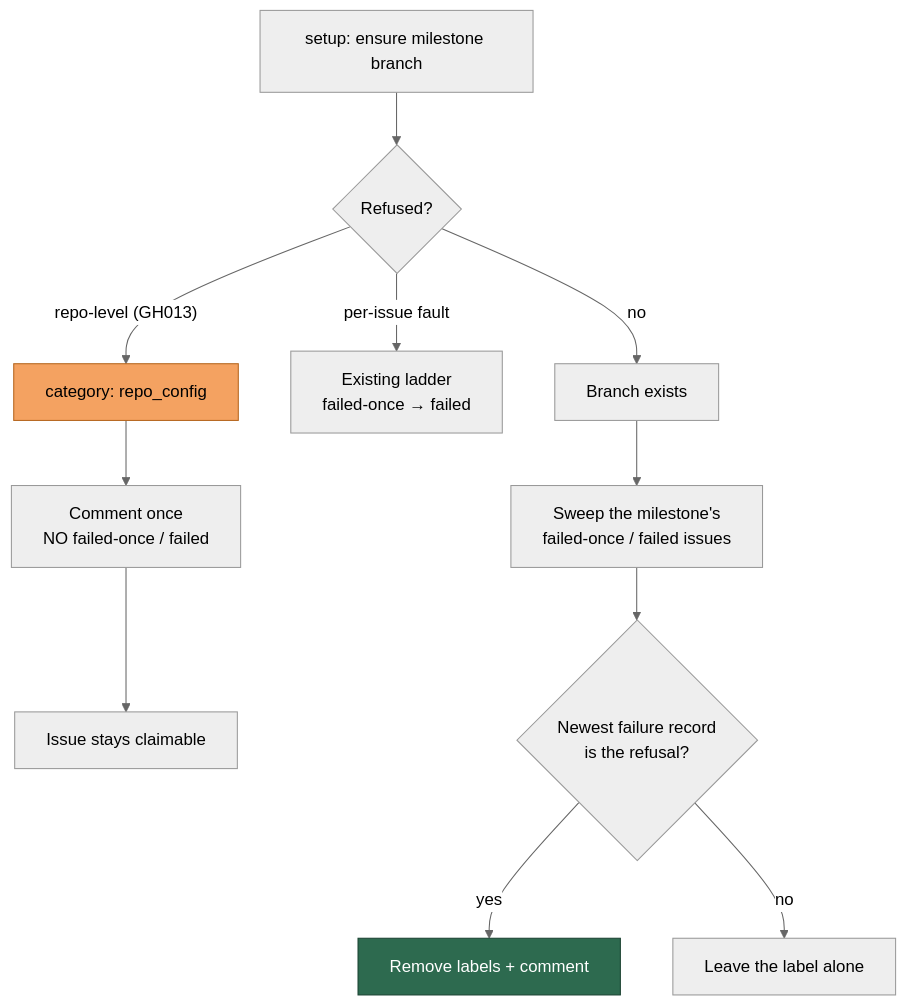
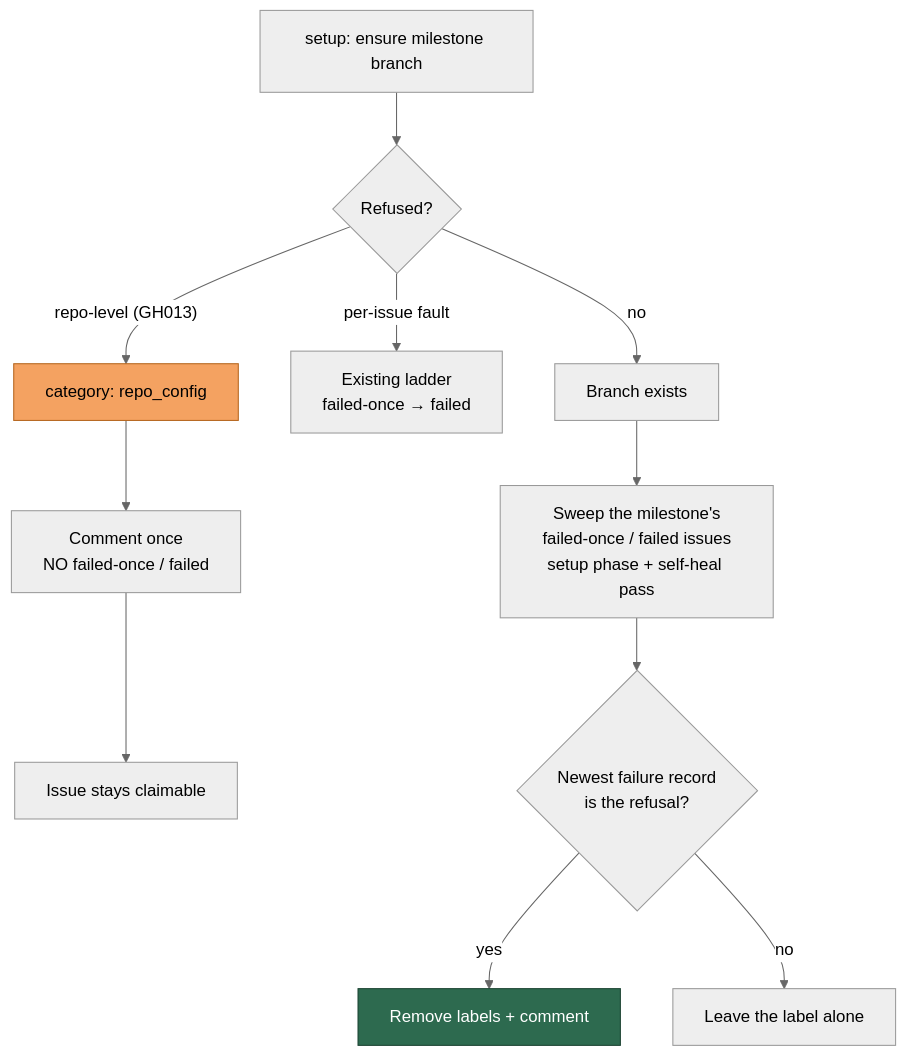
One commit to stSoftwareAU/VibeCoder changed diagram 39 of 39 in docs/INTERNALS.md. Above: the diagram before and after it, drawn with Mermaid (neutral theme). The commit also changed other lines of this file and 5 other files, not shown here.

````diff
--- a/docs/INTERNALS.md
+++ b/docs/INTERNALS.md
@@ -3990,15 +4001,15 @@
 ```mermaid
 flowchart TD
     A[setup: ensure milestone branch] --> B{Refused?}
     B -- "repo-level (GH013)" --> C[category: repo_config]
     C --> D[Comment once<br/>NO failed-once / failed]
     D --> E[Issue stays claimable]
     B -- "per-issue fault" --> F[Existing ladder<br/>failed-once → failed]
     B -- no --> G[Branch exists]
-    G --> H[Sweep the milestone's<br/>failed-once / failed issues]
+    G --> H[Sweep the milestone's<br/>failed-once / failed issues<br/>setup phase + self-heal pass]
     H --> I{Newest failure record<br/>is the refusal?}
     I -- yes --> J[Remove labels + comment]
     I -- no --> K[Leave the label alone]
     style C fill:#f4a261,stroke:#b5651d,color:#000
     style J fill:#2d6a4f,stroke:#1b4332,color:#fff
 ```
````
